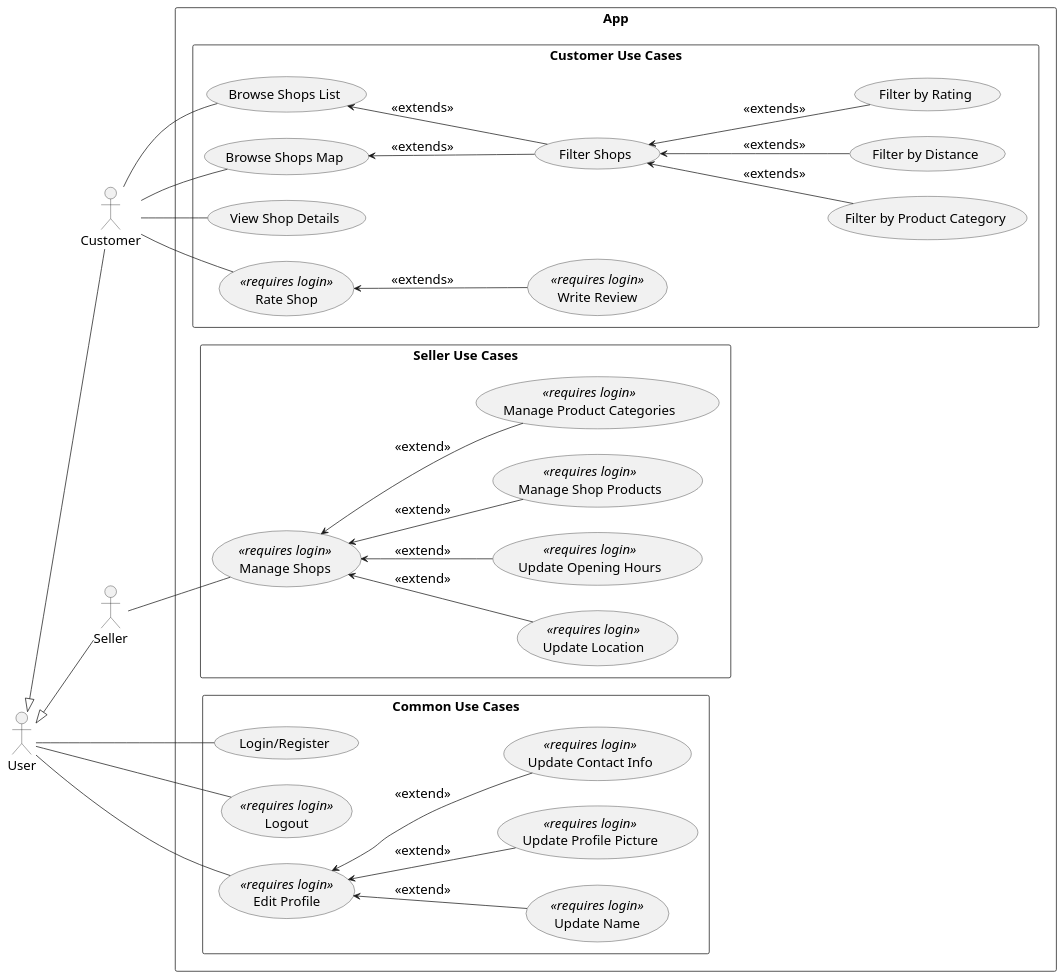
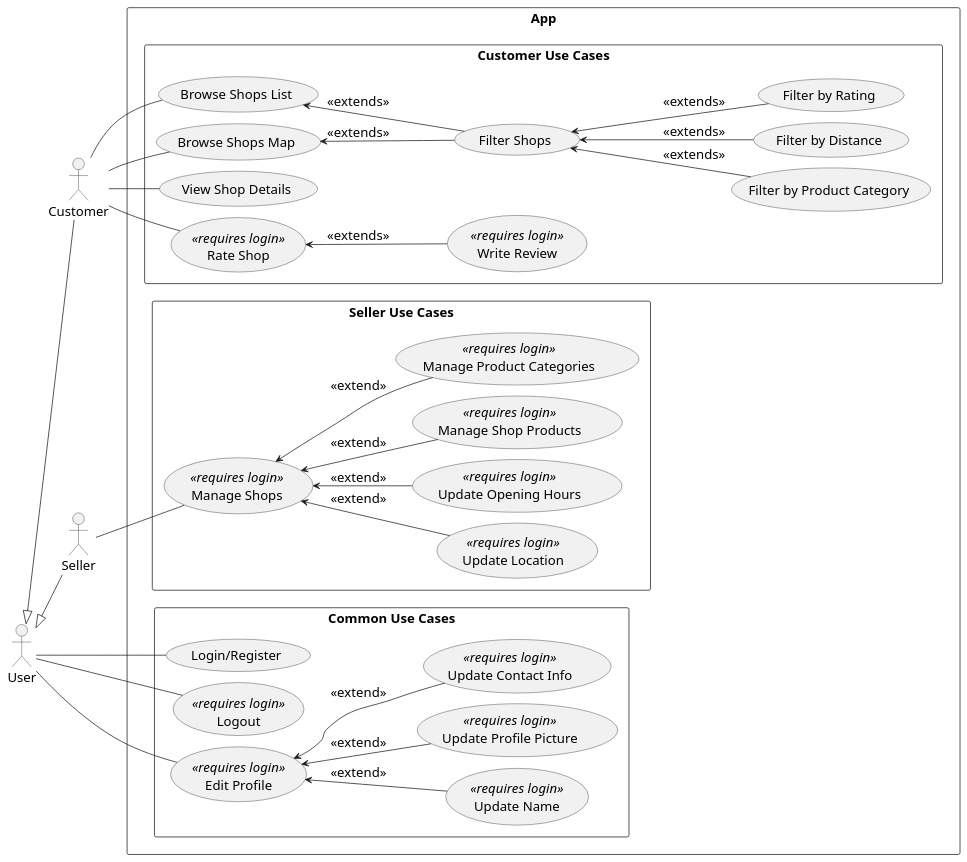
Before and after one commit to tondracek/my-farmer: the diagram in docs/diagram/use_case_diagram.puml, drawn with PlantUML. The commit also changed 1 other file, not shown here.

Commit message:
fix(diagram): decreasing the width of diagrams

```diff
--- a/docs/diagram/use_case_diagram.puml
+++ b/docs/diagram/use_case_diagram.puml
@@ -1,86 +1,88 @@
 @startuml
 
 skinparam defaultFontSize 18
+skinparam nodesep 15
+skinparam ranksep 15
 
 skinparam backgroundColor #FFFFFF
 left to right direction
 
 actor "User" as User
 actor "Customer" as Customer
 actor "Seller" as Seller
 
 User <|-- Customer
 User <|-- Seller
 
 rectangle "App" {
 
   rectangle "Common Use Cases" {
 
     usecase "Login/Register" as LoginRegisterCustomer
     usecase "Logout" as LogoutCustomer <<requires login>>
 
     User -- LoginRegisterCustomer
     User -- LogoutCustomer
 
     usecase "Edit Profile" as EditProfile <<requires login>>
 
     usecase "Update Name" as UpdateName <<requires login>>
     usecase "Update Profile Picture" as UpdateProfilePicture <<requires login>>
     usecase "Update Contact Info" as UpdateContactInfo <<requires login>>
 
     User -- EditProfile
 
     EditProfile <-- UpdateName : <<extend>>
     EditProfile <-- UpdateProfilePicture : <<extend>>
     EditProfile <-- UpdateContactInfo : <<extend>>
   }
 
   rectangle "Customer Use Cases" {
 
     usecase "Browse Shops List" as BrowseShopsList
     usecase "Browse Shops Map" as BrowseShopsMap
     usecase "View Shop Details" as ViewShopDetails
 
     usecase "Filter Shops" as FilterShops
 
     usecase "Filter by Product Category" as FilterByCategory
     usecase "Filter by Distance" as FilterByDistance
     usecase "Filter by Rating" as FilterByRating
 
     usecase "Rate Shop" as RateShop <<requires login>>
     usecase "Write Review" as WriteReview <<requires login>>
 
     Customer -- BrowseShopsList
     Customer -- BrowseShopsMap
 
     BrowseShopsList <-- FilterShops : <<extends>>
     BrowseShopsMap <-- FilterShops : <<extends>>
 
     FilterShops <-- FilterByCategory : <<extends>>
     FilterShops <-- FilterByDistance : <<extends>>
     FilterShops <-- FilterByRating : <<extends>>
 
     Customer -- ViewShopDetails
     Customer -- RateShop
     RateShop <-- WriteReview : <<extends>>
   }
 
   rectangle "Seller Use Cases" {
 
     usecase "Manage Shops" as ManageShops <<requires login>>
 
     usecase "Update Location" as UpdateLocation <<requires login>>
     usecase "Update Opening Hours" as UpdateOpeningHours <<requires login>>
     usecase "Manage Shop Products" as ManageShopProducts <<requires login>>
     usecase "Manage Product Categories" as ManageProductCategories <<requires login>>
 
     Seller -- ManageShops
 
     ManageShops <-- UpdateLocation : <<extend>>
     ManageShops <-- UpdateOpeningHours : <<extend>>
     ManageShops <-- ManageShopProducts : <<extend>>
     ManageShops <-- ManageProductCategories : <<extend>>
   }
 }
 
 @enduml
```
